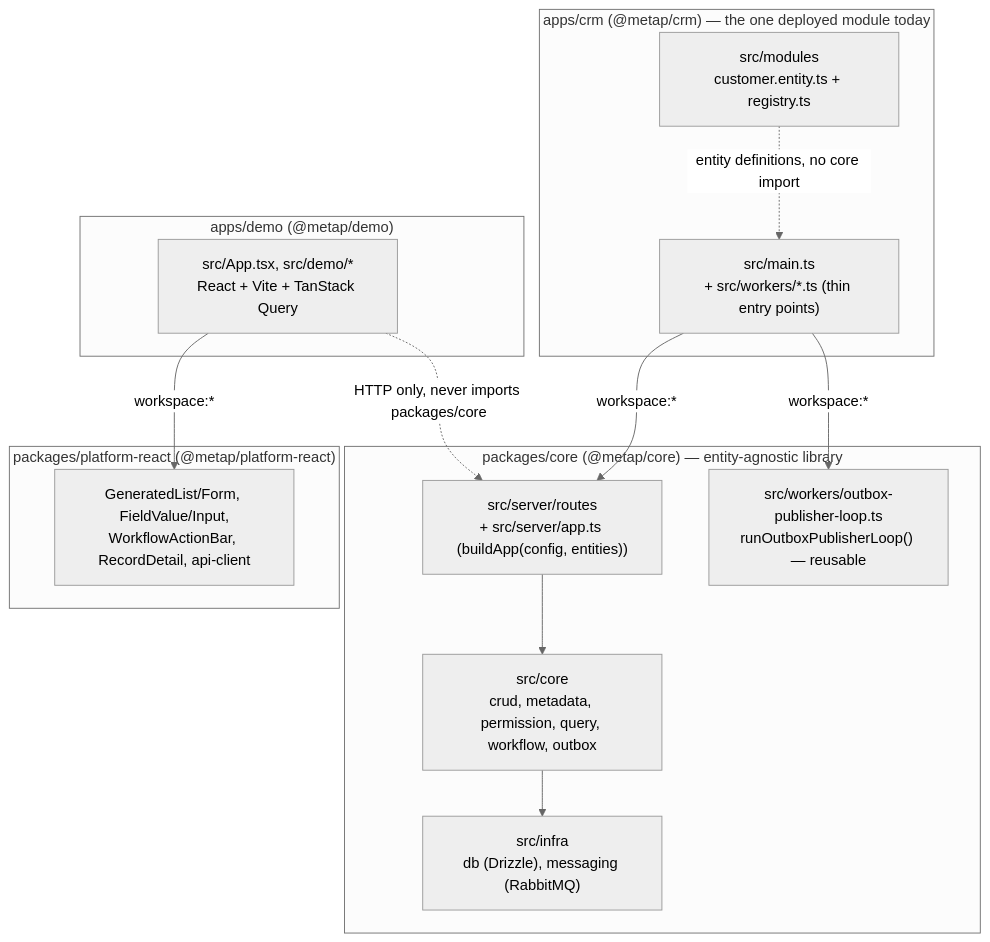
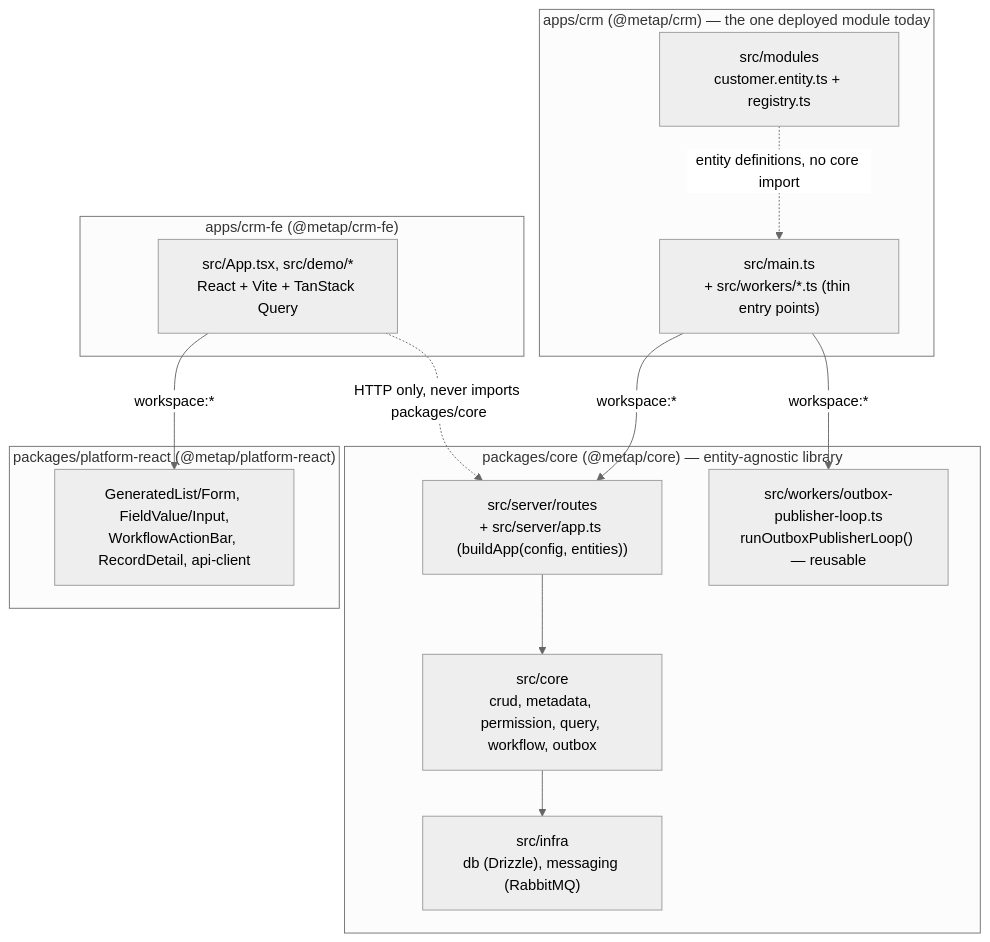
Before and after one commit to metap-org/metap: the fifth of 5 diagrams in docs/architectures/05-building-blocks.md, drawn with Mermaid (neutral theme). The commit also changed other lines of this file and 40 other files, not shown here.

````diff
--- a/docs/architectures/05-building-blocks.md
+++ b/docs/architectures/05-building-blocks.md
@@ -374,30 +374,30 @@
 ```mermaid
 graph TD
   subgraph pkgcore["packages/core (@metap/core) — entity-agnostic library"]
     routes["src/server/routes<br/>+ src/server/app.ts (buildApp(config, entities))"]
     core["src/core<br/>crud, metadata, permission, query, workflow, outbox"]
     infra["src/infra<br/>db (Drizzle), messaging (RabbitMQ)"]
     loop["src/workers/outbox-publisher-loop.ts<br/>runOutboxPublisherLoop() — reusable"]
   end
 
   subgraph appscrm["apps/crm (@metap/crm) — the one deployed module today"]
     modules["src/modules<br/>customer.entity.ts + registry.ts"]
     entry["src/main.ts<br/>+ src/workers/*.ts (thin entry points)"]
   end
 
   subgraph pkgplatform["packages/platform-react (@metap/platform-react)"]
     platform["GeneratedList/Form, FieldValue/Input,<br/>WorkflowActionBar, RecordDetail, api-client"]
   end
 
-  subgraph appsdemo["apps/demo (@metap/demo)"]
+  subgraph appscrmfe["apps/crm-fe (@metap/crm-fe)"]
     demoapp["src/App.tsx, src/demo/*<br/>React + Vite + TanStack Query"]
   end
 
   routes --> core
   core --> infra
   entry -->|"workspace:*"| routes
   entry -->|"workspace:*"| loop
   modules -.entity definitions, no core import.-> entry
   demoapp -->|"workspace:*"| platform
   demoapp -.HTTP only, never imports packages/core.-> routes
 ```
````
